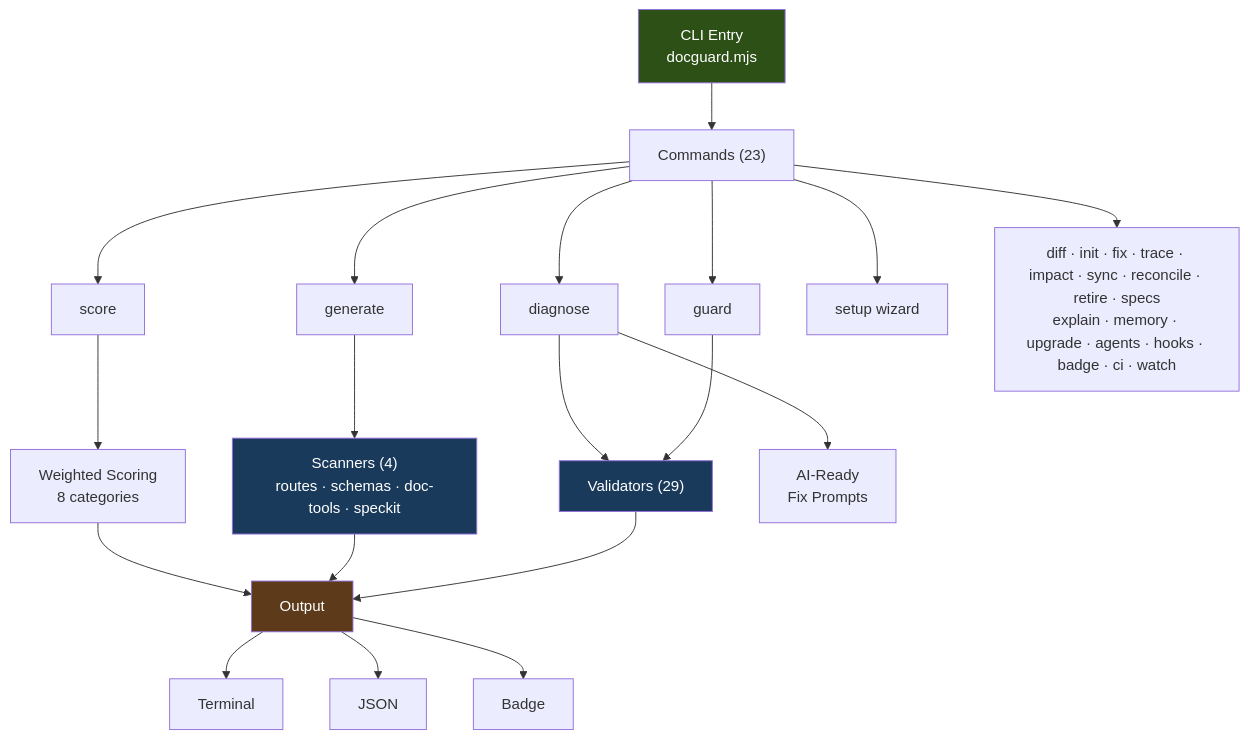
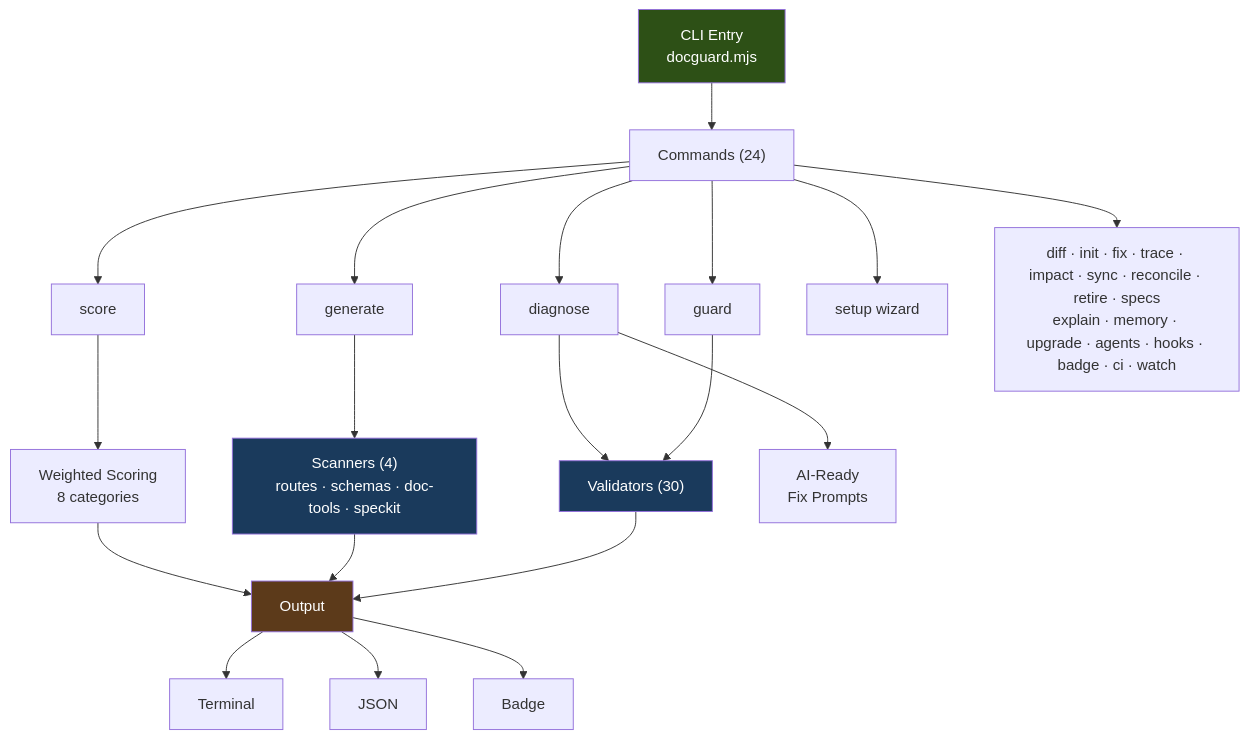
One commit to raccioly/docguard changed the diagram in README.md. Above: the diagram before and after it, drawn with Mermaid. The commit also changed other lines of this file and 30 other files, not shown here.

````diff
--- a/README.md
+++ b/README.md
@@ -71,28 +71,28 @@
 ```mermaid
 graph TD
-    CLI["CLI Entry<br/>docguard.mjs"] --> Commands["Commands (23)"]
+    CLI["CLI Entry<br/>docguard.mjs"] --> Commands["Commands (24)"]
     Commands --> guard["guard"]
     Commands --> generate["generate"]
     Commands --> score["score"]
     Commands --> diagnose["diagnose"]
     Commands --> setup["setup wizard"]
     Commands --> other["diff · init · fix · trace · impact · sync · reconcile · retire · specs<br/>explain · memory · upgrade · agents · hooks · badge · ci · watch"]
 
-    guard --> Validators["Validators (29)"]
+    guard --> Validators["Validators (30)"]
     generate --> Scanners["Scanners (4)<br/>routes · schemas · doc-tools · speckit"]
     score --> Scoring["Weighted Scoring<br/>8 categories"]
     diagnose --> Validators
     diagnose --> AIPrompts["AI-Ready<br/>Fix Prompts"]
 
     Validators --> Output["Output"]
     Scanners --> Output
     Scoring --> Output
     Output --> Terminal["Terminal"]
     Output --> JSON["JSON"]
     Output --> Badge["Badge"]
 
     style CLI fill:#2d5016,color:#fff
     style Validators fill:#1a3a5c,color:#fff
     style Scanners fill:#1a3a5c,color:#fff
     style Output fill:#5c3a1a,color:#fff
 ```
````
